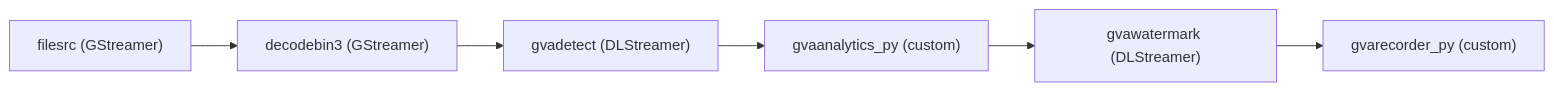
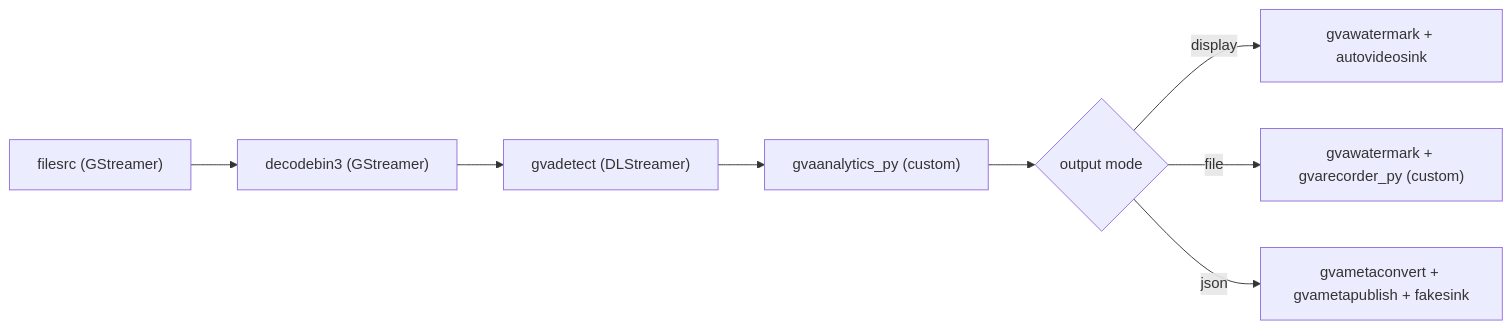
One commit to open-edge-platform/dlstreamer changed the diagram in samples/gstreamer/python/smart_nvr/README.md. Above: the diagram before and after it, drawn with Mermaid. The commit also changed other lines of this file and 1 other file, not shown here.

````diff
--- a/samples/gstreamer/python/smart_nvr/README.md
+++ b/samples/gstreamer/python/smart_nvr/README.md
@@ -13,8 +13,10 @@
 ```mermaid
 graph LR
         A["filesrc (GStreamer)"] --> B["decodebin3 (GStreamer)"]
         B --> C["gvadetect (DLStreamer)"]
         C --> D["gvaanalytics_py (custom)"]
-        D --> E["gvawatermark (DLStreamer)"]
-        E --> F["gvarecorder_py (custom)"]
+        D --> E{output mode}
+        E -->|display| F["gvawatermark + autovideosink"]
+        E -->|file| G["gvawatermark + gvarecorder_py (custom)"]
+        E -->|json| H["gvametaconvert + gvametapublish + fakesink"]
 ```
````
